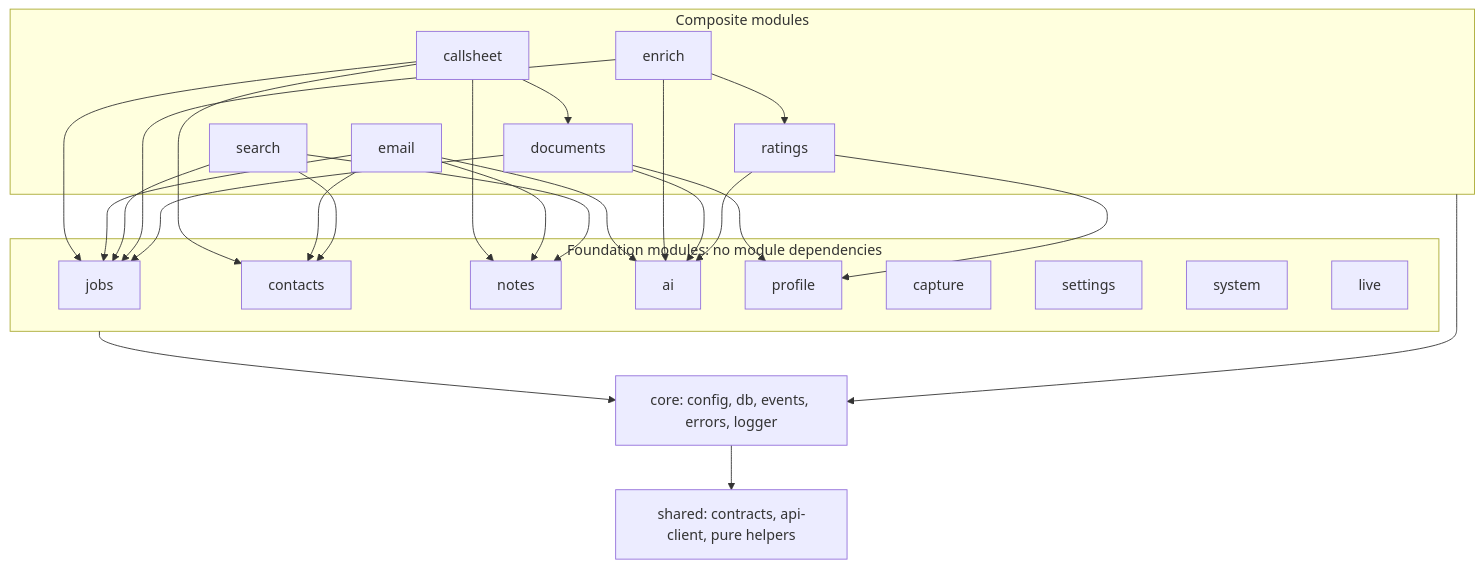
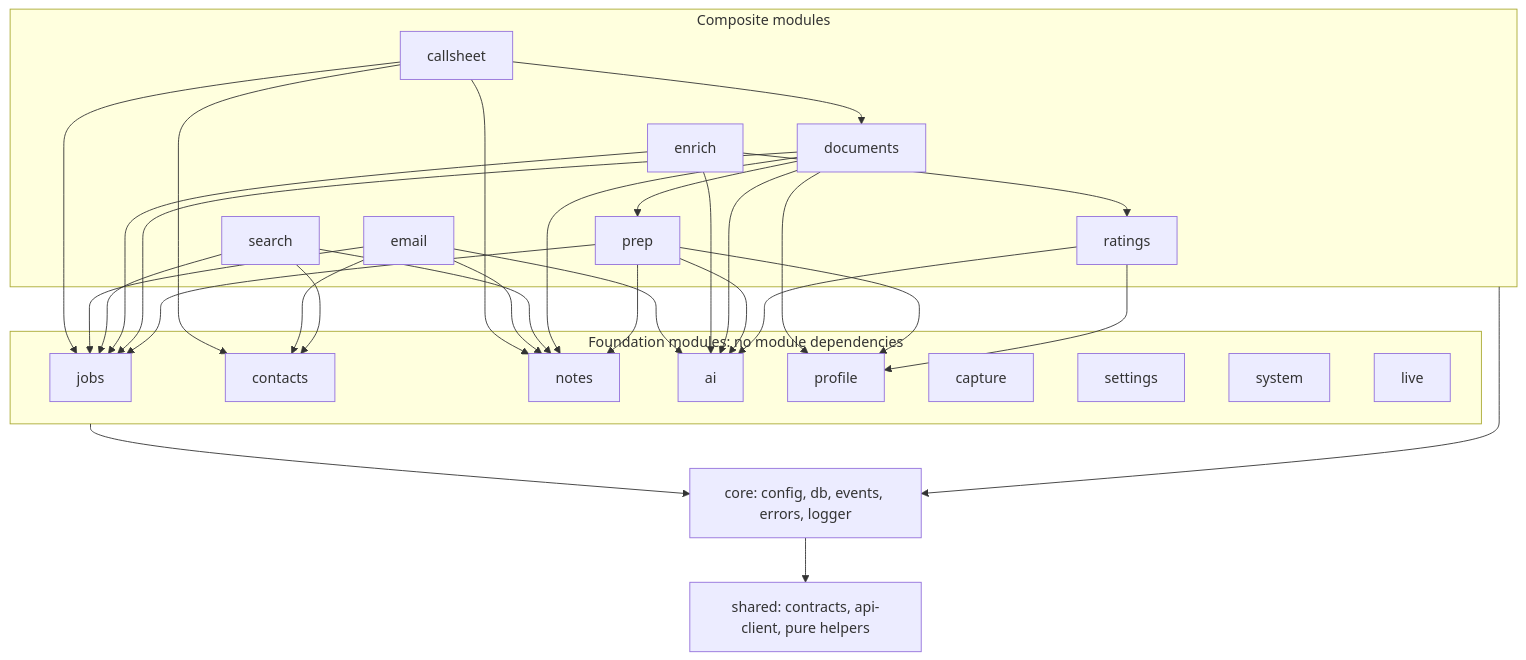
One commit to aximili/job-registry changed the third of 13 diagrams in docs/architecture.md. Above: the diagram before and after it, drawn with Mermaid. The commit also changed other lines of this file and 132 other files, not shown here.

````diff
--- a/docs/architecture.md
+++ b/docs/architecture.md
@@ -171,34 +172,36 @@
 ```mermaid
 flowchart TB
   subgraph top["Composite modules"]
     callsheet
     email
     search
     enrich
     documents
+    prep
     ratings
   end
   subgraph base["Foundation modules: no module dependencies"]
     jobs
     contacts
     notes
     ai
     profile
     capture
     settings
     system
     live
   end
   core["core: config, db, events, errors, logger"]
   shared["shared: contracts, api-client, pure helpers"]
 
   callsheet --> jobs & contacts & notes & documents
   email --> ai & jobs & contacts & notes
   search --> jobs & contacts & notes
   enrich --> jobs & ai & ratings
-  documents --> ai & profile & jobs
+  documents --> ai & profile & jobs & notes & prep
+  prep --> ai & profile & jobs & notes
   ratings --> ai & profile
   base --> core
   top --> core
   core --> shared
 ```
````
